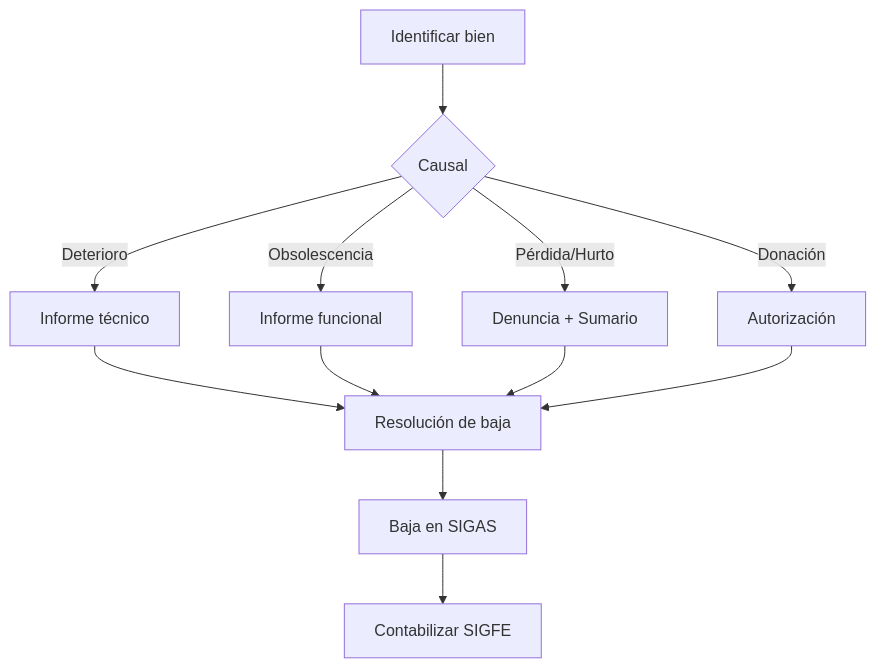
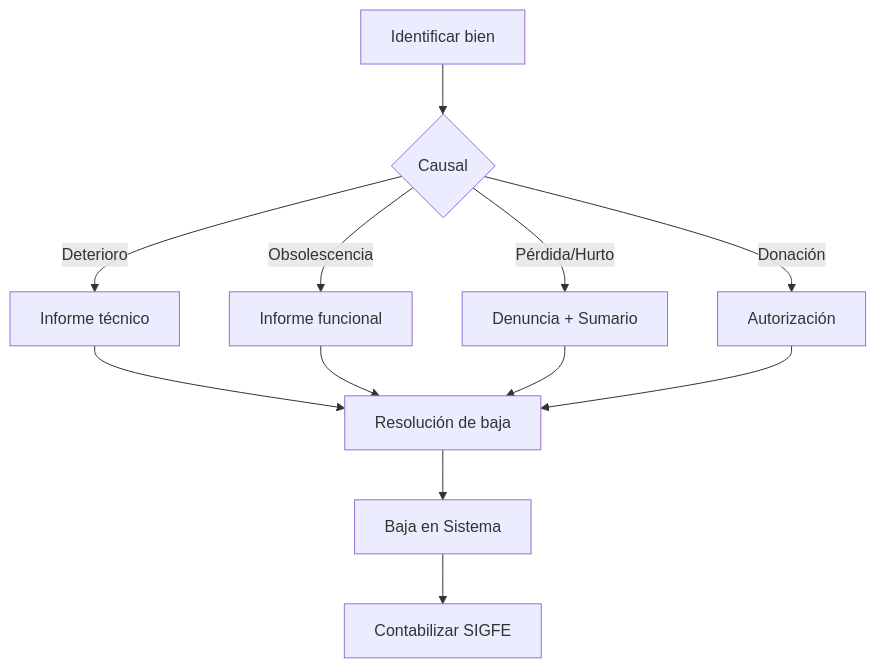
The ninth of 26 diagrams in docs/blueprint/domains/domain_d-back.md (felix-antonio-sl/gore_os), drawn with Mermaid before and after one commit. The commit also changed other lines of this file and 26 other files, not shown here.

````diff
--- a/docs/blueprint/domains/domain_d-back.md
+++ b/docs/blueprint/domains/domain_d-back.md
@@ -326,11 +341,11 @@
 ```mermaid
 flowchart TD
     A["Identificar bien"] --> B{"Causal"}
     B -->|"Deterioro"| C["Informe técnico"]
     B -->|"Obsolescencia"| D["Informe funcional"]
     B -->|"Pérdida/Hurto"| E["Denuncia + Sumario"]
     B -->|"Donación"| F["Autorización"]
     C & D & E & F --> G["Resolución de baja"]
-    G --> H["Baja en SIGAS"]
+    G --> H["Baja en Sistema"]
     H --> I["Contabilizar SIGFE"]
 ```
````
